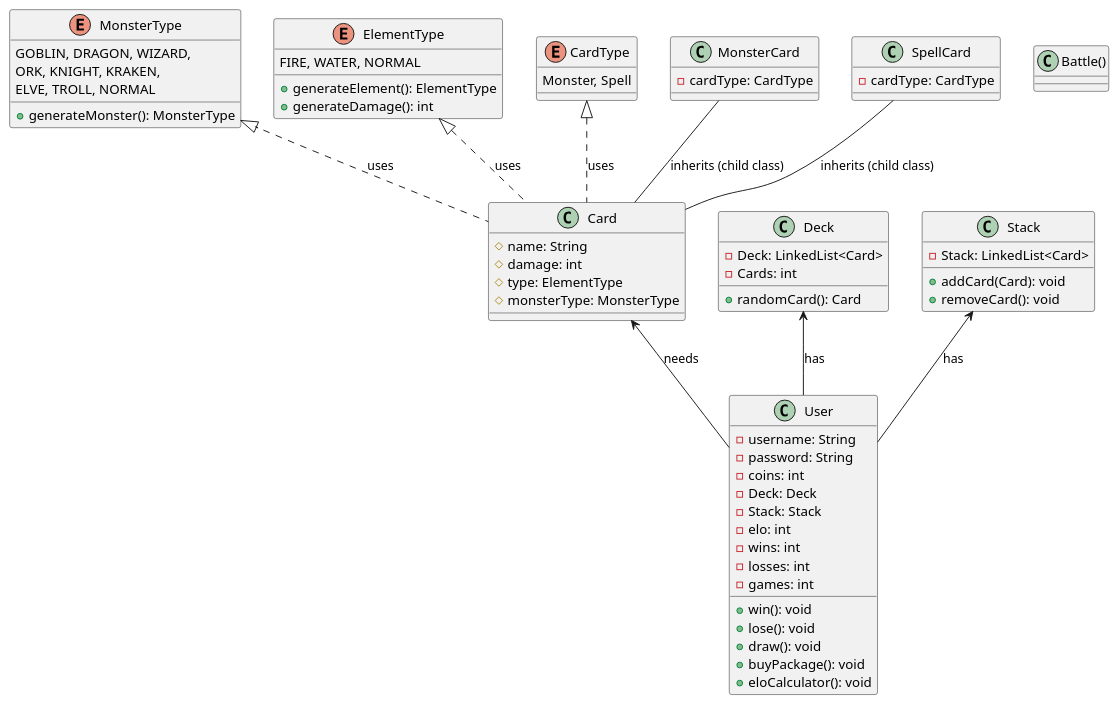
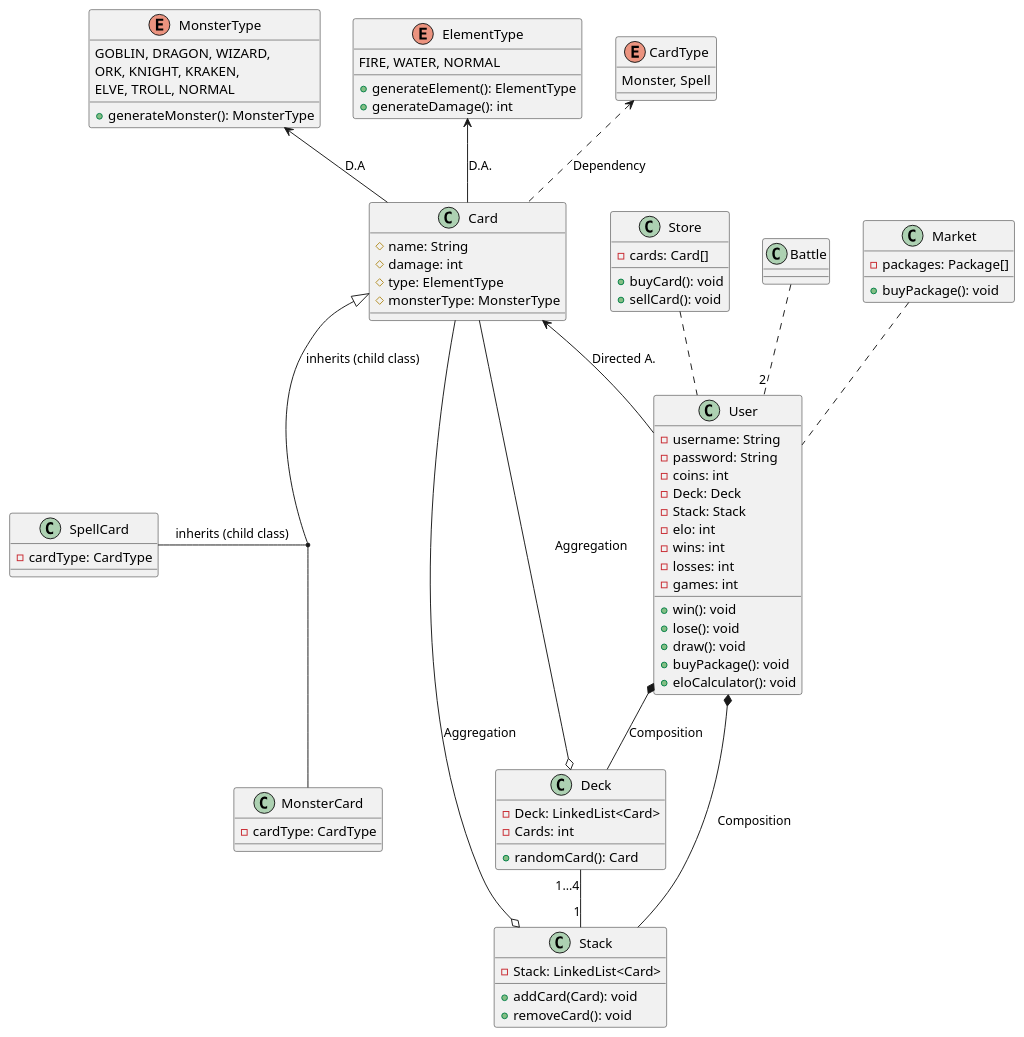
The diagram in src/main/java/com/example/mtcg/MTCG.puml (Bombardofficial/MTCG), drawn with PlantUML before and after one commit. The commit also changed 11 other files, not shown here.

```diff
--- a/src/main/java/com/example/mtcg/MTCG.puml
+++ b/src/main/java/com/example/mtcg/MTCG.puml
@@ -1,92 +1,113 @@
 @startuml
 'https://plantuml.com/class-diagram
-MonsterType <|.. Card: uses
-ElementType <|.. Card: uses
-Deck <-- User: has
-Card <-- User: needs
-Stack <-- User: has
-CardType <|.. Card: uses
-MonsterCard -- Card: inherits (child class)
-SpellCard -- Card: inherits (child class)
+MonsterType <-- Card: D.A
+ElementType <-- Card: D.A.
+User *-- Deck: Composition
+Card <-- User: Directed A.
+User *-- Stack: Composition
+Stack o-- Card: Aggregation
+CardType <.. Card: Dependency
+Card <|-- MonsterCard: inherits (child class)
+SpellCard -- (Card,MonsterCard): inherits (child class)
+Deck o-- Card: Aggregation
+Deck "1...4"-- "1" Stack
+Market .. User
+Store .. User
+Battle .. "2" User
+
 
 class User {
 
     -username: String
     -password: String
     -coins: int
     -Deck: Deck
     -Stack: Stack
     -elo: int
     -wins: int
     -losses: int
     -games: int
     +win(): void
     +lose(): void
     +draw(): void
     +buyPackage(): void
     +eloCalculator(): void
 
 }
 
+class Market {
+
+    -packages: Package[]
+
+    +buyPackage(): void
+
+
+}
+class Store {
+    -cards: Card[]
+
+    +buyCard(): void
+    +sellCard(): void
+}
 class Deck {
 
     -Deck: LinkedList<Card>
     -Cards: int
     +randomCard(): Card
 
 
 }
 class Card {
 
     #name: String
     #damage: int
     #type: ElementType
     #monsterType: MonsterType
 
 }
 class MonsterCard {
     -cardType: CardType
 }
 
 class SpellCard {
     -cardType: CardType
 }
 enum CardType {
 
     Monster, Spell
 
 }
  class Stack {
 
     -Stack: LinkedList<Card>
     +addCard(Card): void
     +removeCard(): void
 
 
 }
 
 enum ElementType {
 
     FIRE, WATER, NORMAL
     +generateElement(): ElementType
     +generateDamage(): int
 
 }
 
 enum MonsterType {
 
     GOBLIN, DRAGON, WIZARD,
     ORK, KNIGHT, KRAKEN,
     ELVE, TROLL, NORMAL
 
     +generateMonster(): MonsterType
 
 
 }
 
-class Battle(){
+class Battle{
 
 
 }
 
 @enduml
```
